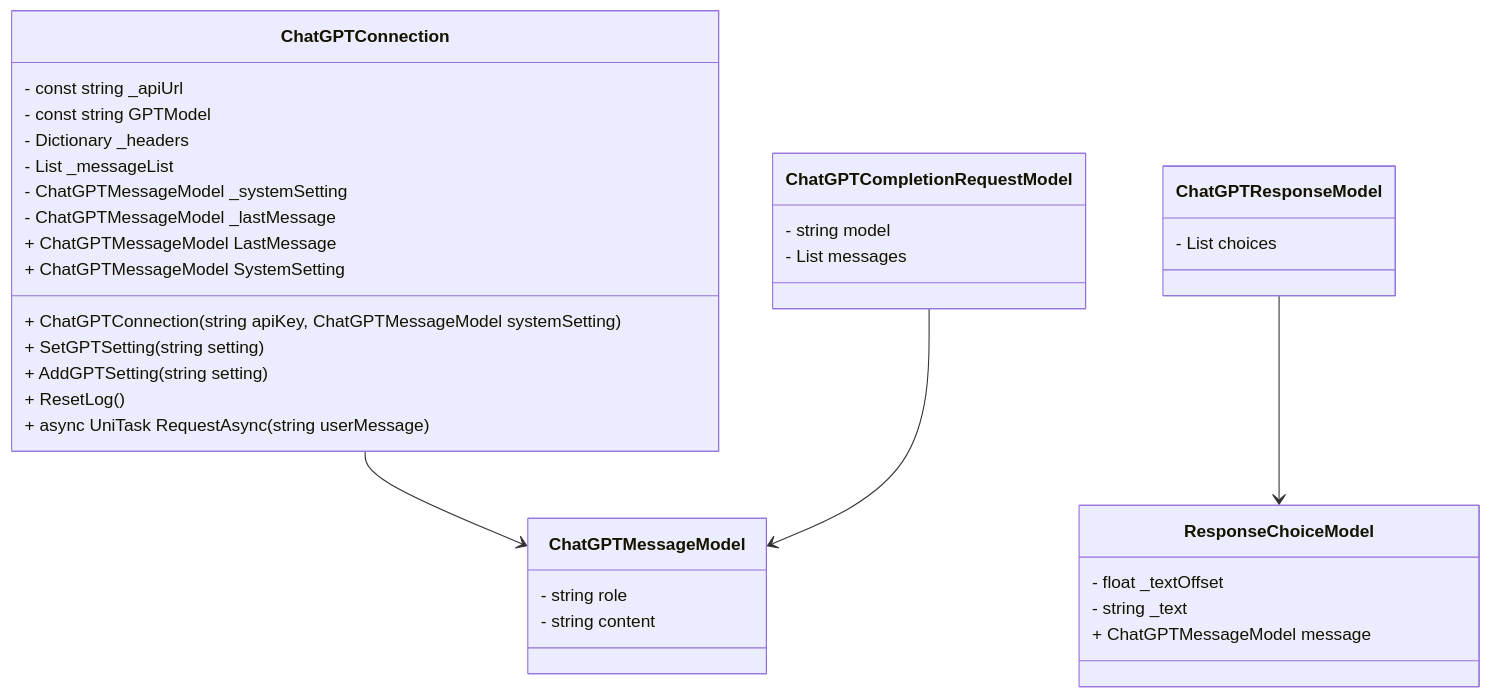
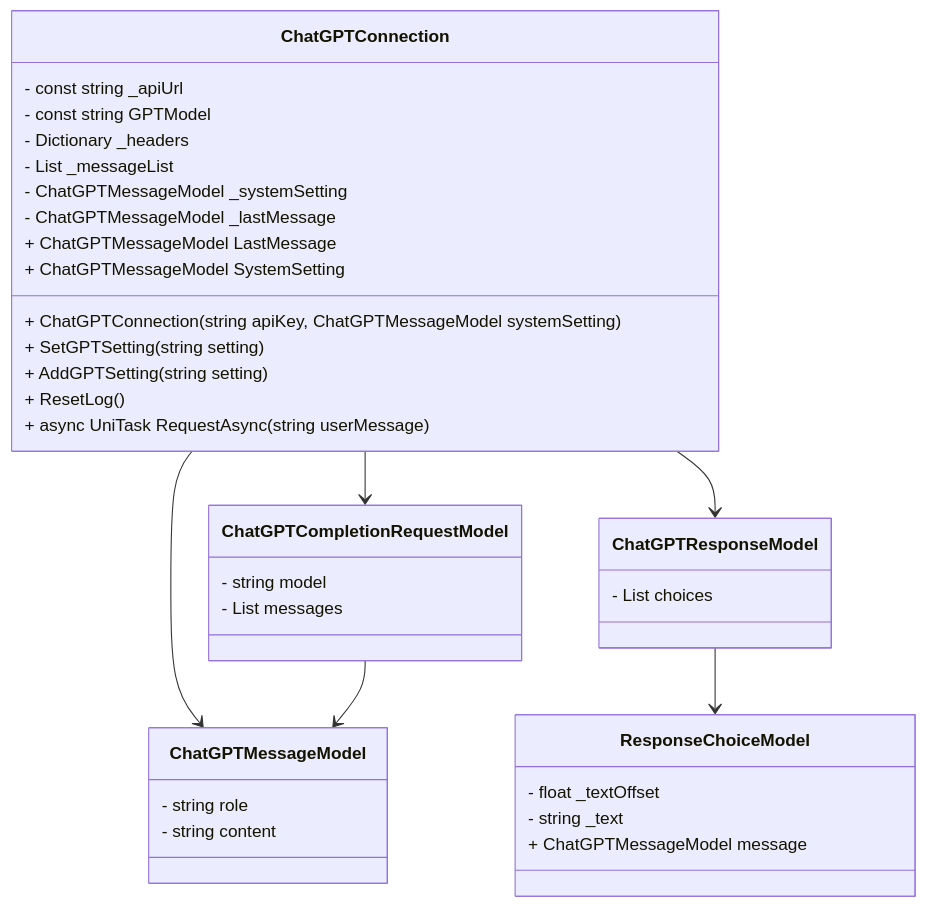
One commit to 20jun01/ChatGPTForCSharp changed the diagram in Assets/Scripts/Chat GPT/README.md. Above: the diagram before and after it, drawn with Mermaid.

Commit message:
chore: add lacked dependency in md

````diff
--- a/Assets/Scripts/Chat GPT/README.md
+++ b/Assets/Scripts/Chat GPT/README.md
@@ -7,42 +7,44 @@
 ```mermaid  
 classDiagram
 class ChatGPTConnection {
     - const string _apiUrl
     - const string GPTModel
     - Dictionary<string, string> _headers
     - List<ChatGPTMessageModel> _messageList
     - ChatGPTMessageModel _systemSetting
     - ChatGPTMessageModel _lastMessage
     + ChatGPTMessageModel LastMessage
     + ChatGPTMessageModel SystemSetting
     + ChatGPTConnection(string apiKey, ChatGPTMessageModel systemSetting)
     + SetGPTSetting(string setting)
     + AddGPTSetting(string setting)
     + ResetLog()
     + async UniTask<ChatGPTResponseModel> RequestAsync(string userMessage)
 }
 
 class ChatGPTMessageModel{
     - string role
     - string content
 }
 
 class ChatGPTCompletionRequestModel{
     - string model
     - List<ChatGPTMessageModel> messages
 }
 
 class ChatGPTResponseModel{
     - List<ResponseChoiceModel> choices
 }
 
 class ResponseChoiceModel{
     - float _textOffset
     - string _text
     + ChatGPTMessageModel message
 }
 
 ChatGPTConnection --> ChatGPTMessageModel
 ChatGPTCompletionRequestModel --> ChatGPTMessageModel
 ChatGPTResponseModel --> ResponseChoiceModel
+ChatGPTConnection --> ChatGPTCompletionRequestModel
+ChatGPTConnection --> ChatGPTResponseModel
 ```
````
